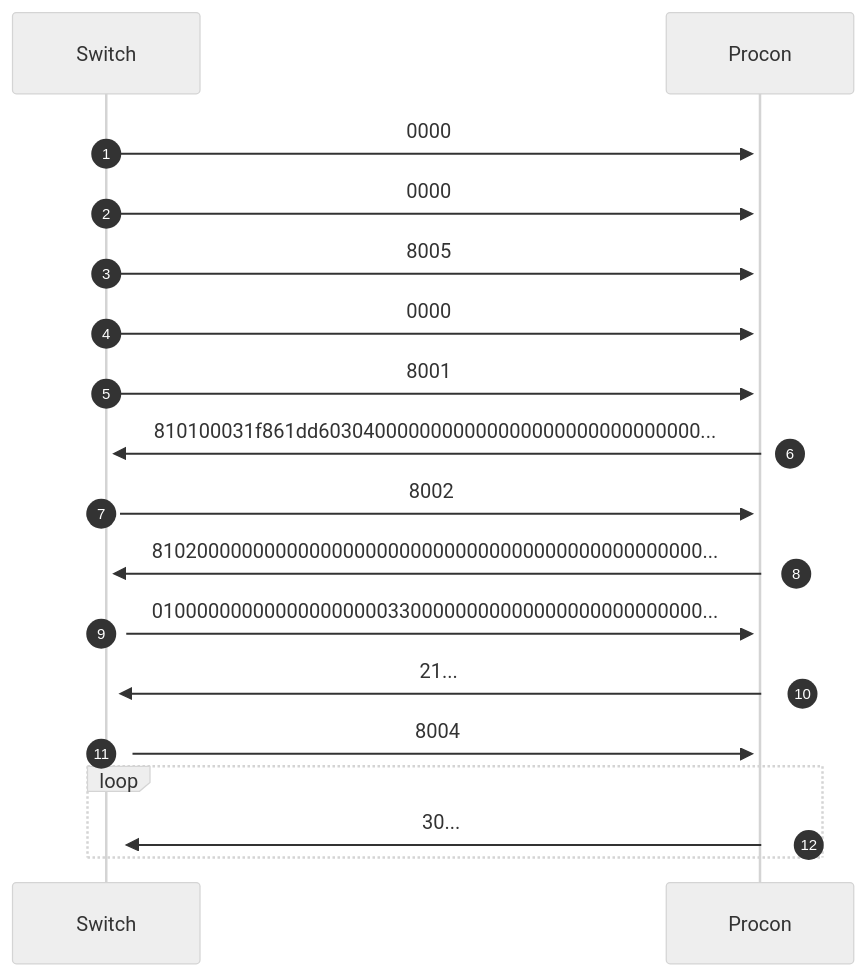
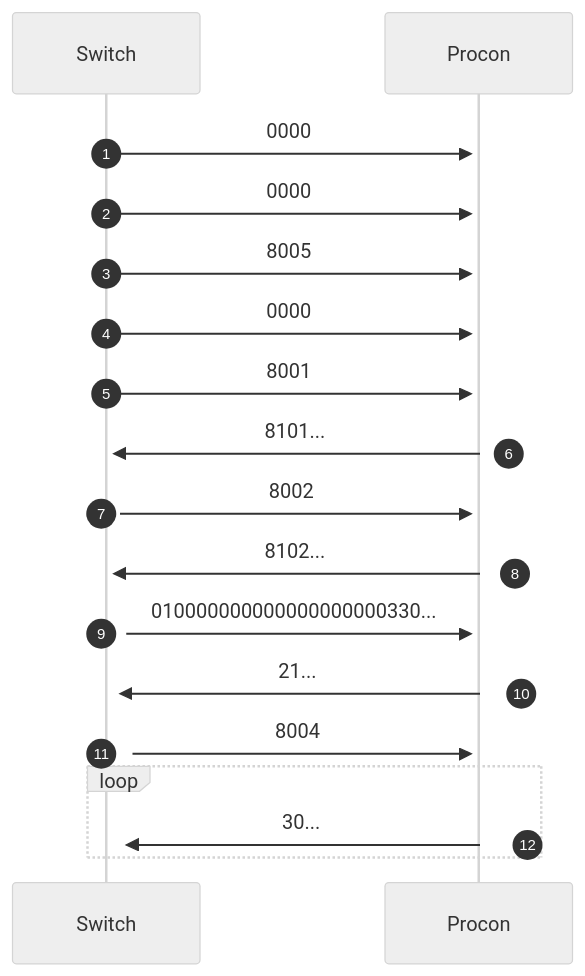
Before and after one commit to splaplapla/switch_connection_manager: the diagram in README.md, drawn with Mermaid (neutral theme).

````diff
--- a/README.md
+++ b/README.md
@@ -26,19 +26,19 @@
 ```mermaid
 sequenceDiagram
   autonumber
 
   Switch ->>+Procon: 0000
   Switch ->>+Procon: 0000
   Switch ->>+Procon: 8005
   Switch ->>+Procon: 0000
   Switch ->>+Procon: 8001
-  Procon ->>+Switch: 810100031f861dd6030400000000000000000000000000000...
+  Procon ->>+Switch: 8101...
   Switch ->>+Procon: 8002
-  Procon ->>+Switch: 8102000000000000000000000000000000000000000000000...
-  Switch ->>+Procon: 0100000000000000000003300000000000000000000000000...
+  Procon ->>+Switch: 8102...
+  Switch ->>+Procon: 010000000000000000000330...
   Procon ->>+Switch: 21...
   Switch ->>+Procon: 8004
   loop
     Procon ->> Switch: 30...
   end
 ```
````
